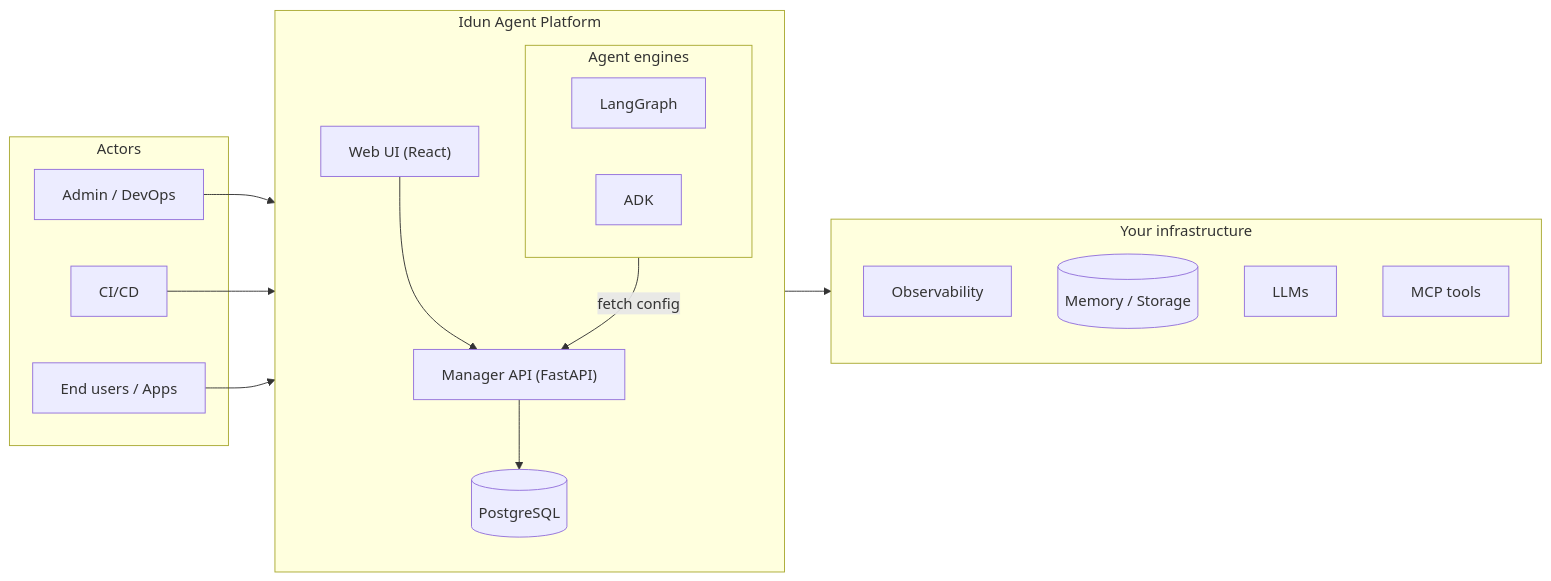
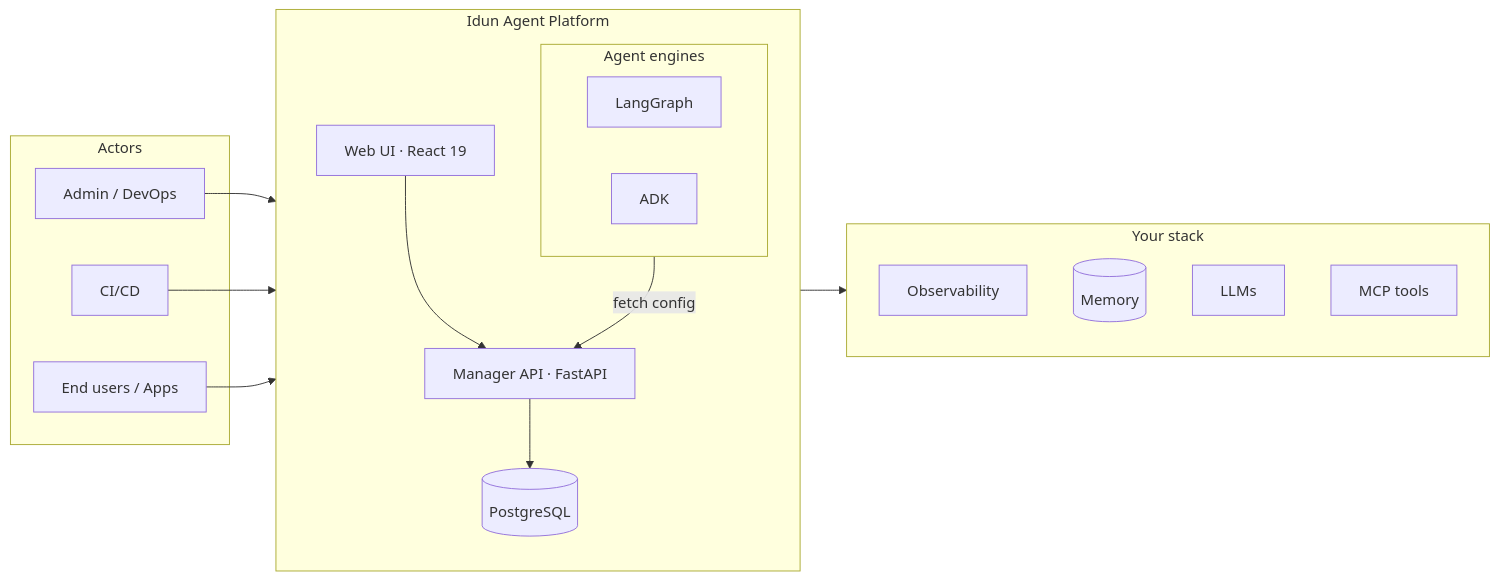
Before and after one commit to Idun-Group/idun-agent-platform: the diagram in README.md, drawn with Mermaid. The commit also changed other lines of this file and 8 other files, not shown here.

````diff
--- a/README.md
+++ b/README.md
@@ -132,31 +106,31 @@
 ```mermaid
 flowchart LR
   subgraph Actors
-    ChatUI["End users / Apps"]
+    Users["End users / Apps"]
     Admin["Admin / DevOps"]
     CICD["CI/CD"]
   end
 
   subgraph Platform["Idun Agent Platform"]
     direction TB
-    UI["Web UI (React)"]
-    MGR["Manager API (FastAPI)"]
+    UI["Web UI · React 19"]
+    MGR["Manager API · FastAPI"]
     subgraph Engines["Agent engines"]
       ENG1["LangGraph"]
       ENG2["ADK"]
     end
     DB[(PostgreSQL)]
   end
 
-  subgraph Infra["Your infrastructure"]
+  subgraph Infra["Your stack"]
     OBS["Observability"]
-    MEM[(Memory / Storage)]
+    MEM[(Memory)]
     LLM["LLMs"]
     TOOLS["MCP tools"]
   end
 
   Admin --> UI --> MGR --> DB
   Engines -- "fetch config" --> MGR
   CICD --> Engines
-  ChatUI --> Engines --> Infra
+  Users --> Engines --> Infra
 ```
````
